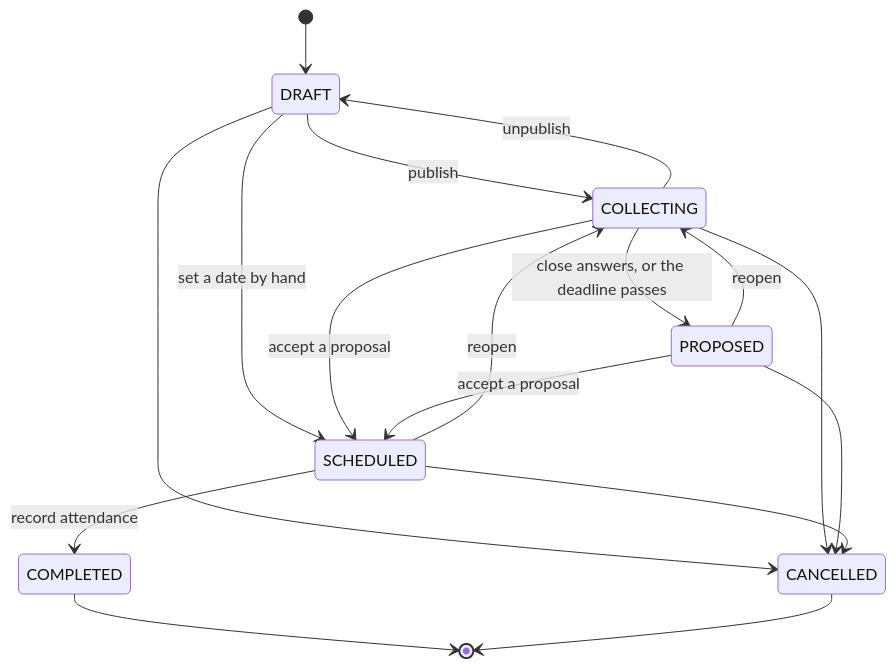
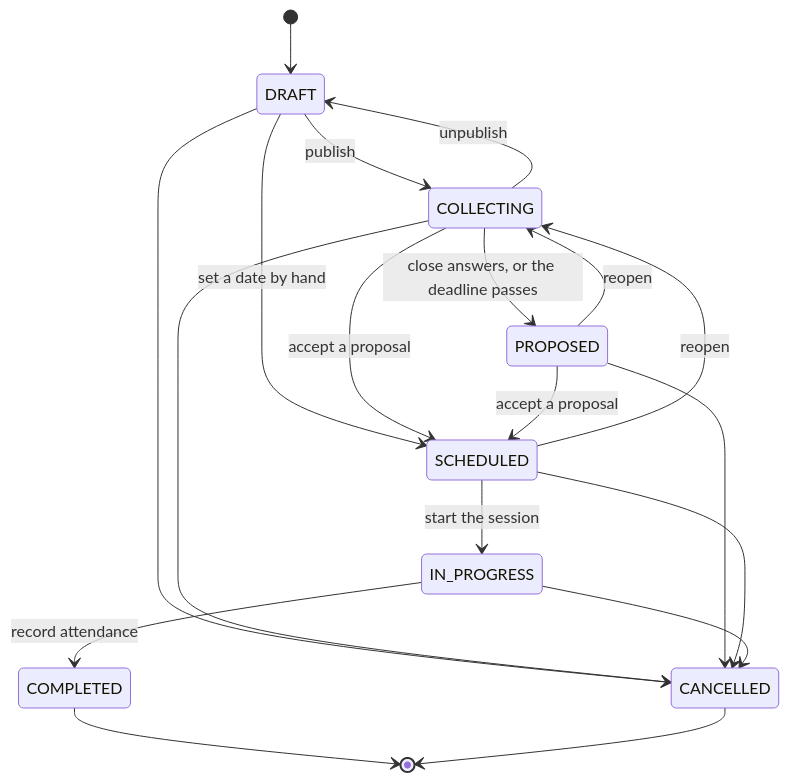
The second of 2 diagrams in docs/architecture/modules.md (Cigner/ArkhamLedger), drawn with Mermaid before and after one commit. The commit also changed other lines of this file and 202 other files, not shown here.

````diff
--- a/docs/architecture/modules.md
+++ b/docs/architecture/modules.md
@@ -115,19 +116,21 @@
 ```mermaid
 stateDiagram-v2
     [*] --> DRAFT
     DRAFT --> COLLECTING: publish
     DRAFT --> SCHEDULED: set a date by hand
     COLLECTING --> PROPOSED: close answers, or the deadline passes
     COLLECTING --> DRAFT: unpublish
     COLLECTING --> SCHEDULED: accept a proposal
     PROPOSED --> SCHEDULED: accept a proposal
     PROPOSED --> COLLECTING: reopen
     SCHEDULED --> COLLECTING: reopen
-    SCHEDULED --> COMPLETED: record attendance
+    SCHEDULED --> IN_PROGRESS: start the session
+    IN_PROGRESS --> COMPLETED: record attendance
     DRAFT --> CANCELLED
     COLLECTING --> CANCELLED
     PROPOSED --> CANCELLED
     SCHEDULED --> CANCELLED
+    IN_PROGRESS --> CANCELLED
     COMPLETED --> [*]
     CANCELLED --> [*]
 ```
````
